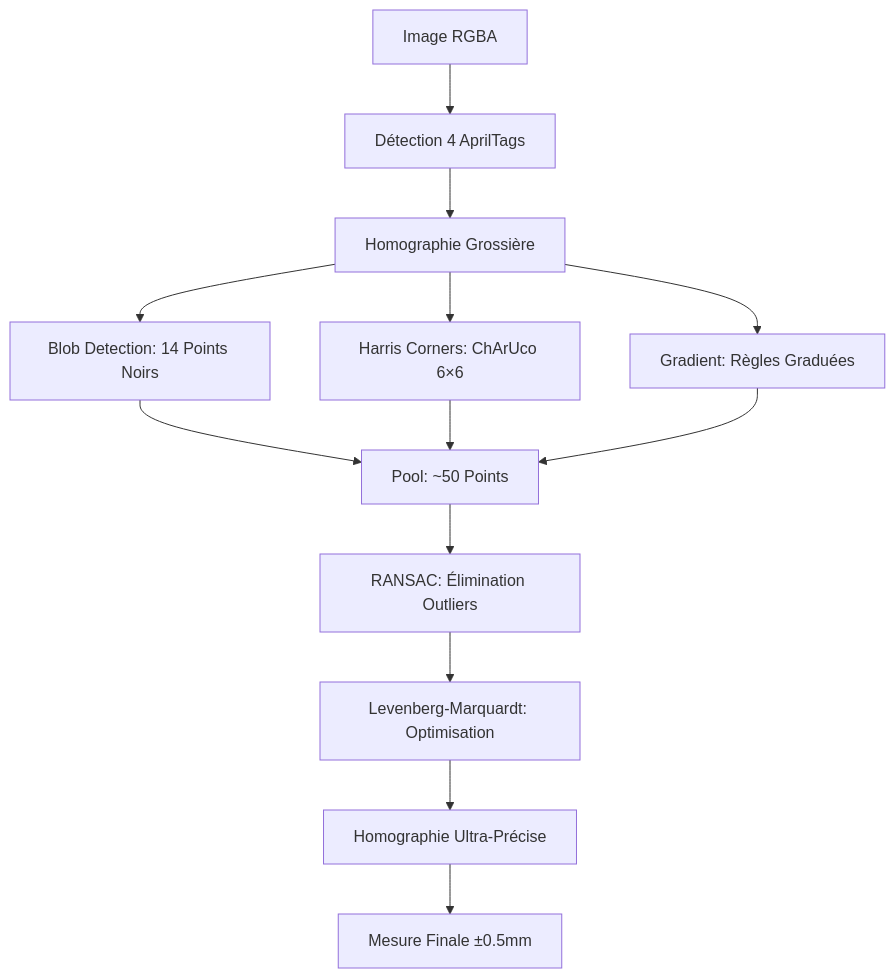
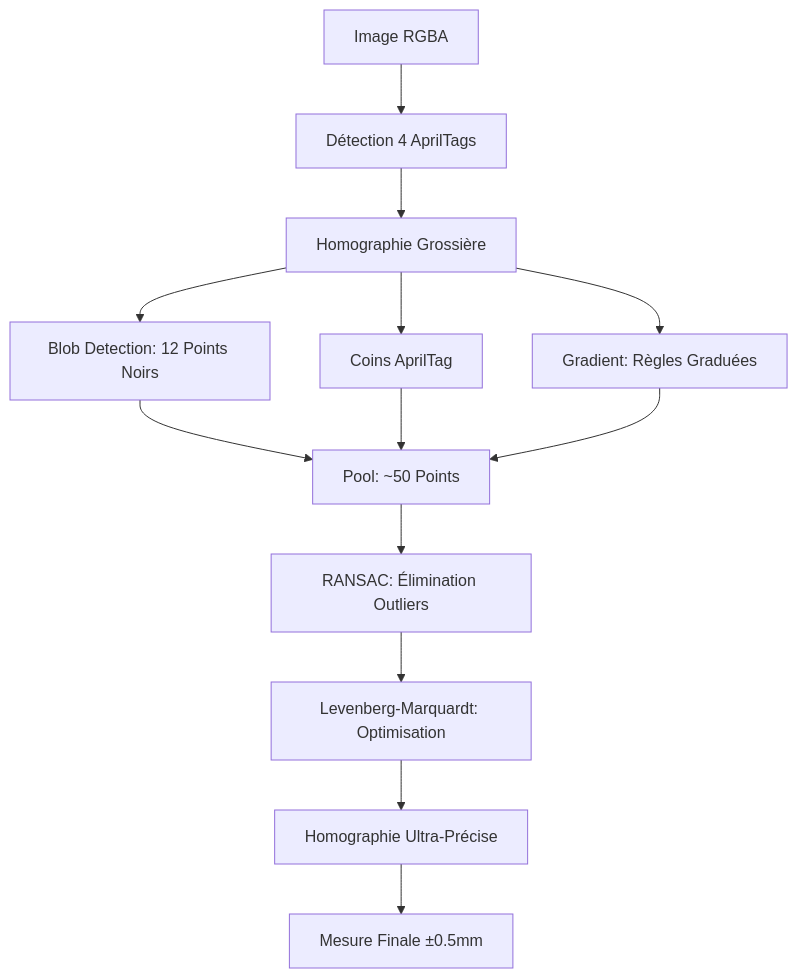
The diagram in SYSTEME-ULTRA-PRECISION-COMPLET.md (DETHIERJONATHAN/2Thier), drawn with Mermaid before and after one commit. The commit also changed other lines of this file and 37 other files, not shown here.

````diff
--- a/SYSTEME-ULTRA-PRECISION-COMPLET.md
+++ b/SYSTEME-ULTRA-PRECISION-COMPLET.md
@@ -247,15 +200,15 @@
 ```mermaid
 graph TD
     A[Image RGBA] --> B[Détection 4 AprilTags]
     B --> C[Homographie Grossière]
-    C --> D[Blob Detection: 14 Points Noirs]
-    C --> E[Harris Corners: ChArUco 6×6]
+    C --> D[Blob Detection: 12 Points Noirs]
+    C --> E[Coins AprilTag]
     C --> F[Gradient: Règles Graduées]
     D --> G[Pool: ~50 Points]
     E --> G
     F --> G
     G --> H[RANSAC: Élimination Outliers]
     H --> I[Levenberg-Marquardt: Optimisation]
     I --> J[Homographie Ultra-Précise]
     J --> K[Mesure Finale ±0.5mm]
 ```
````
